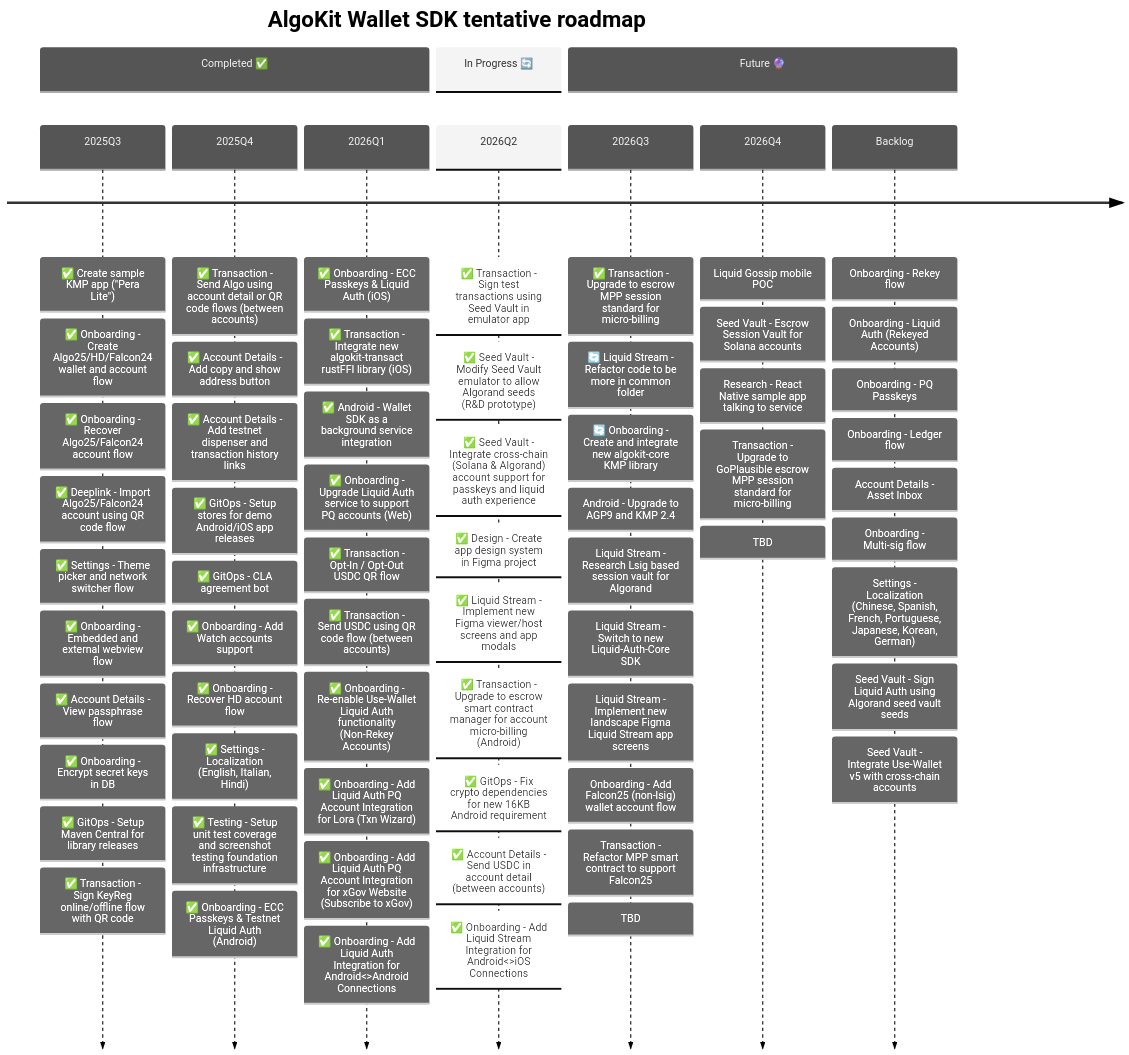
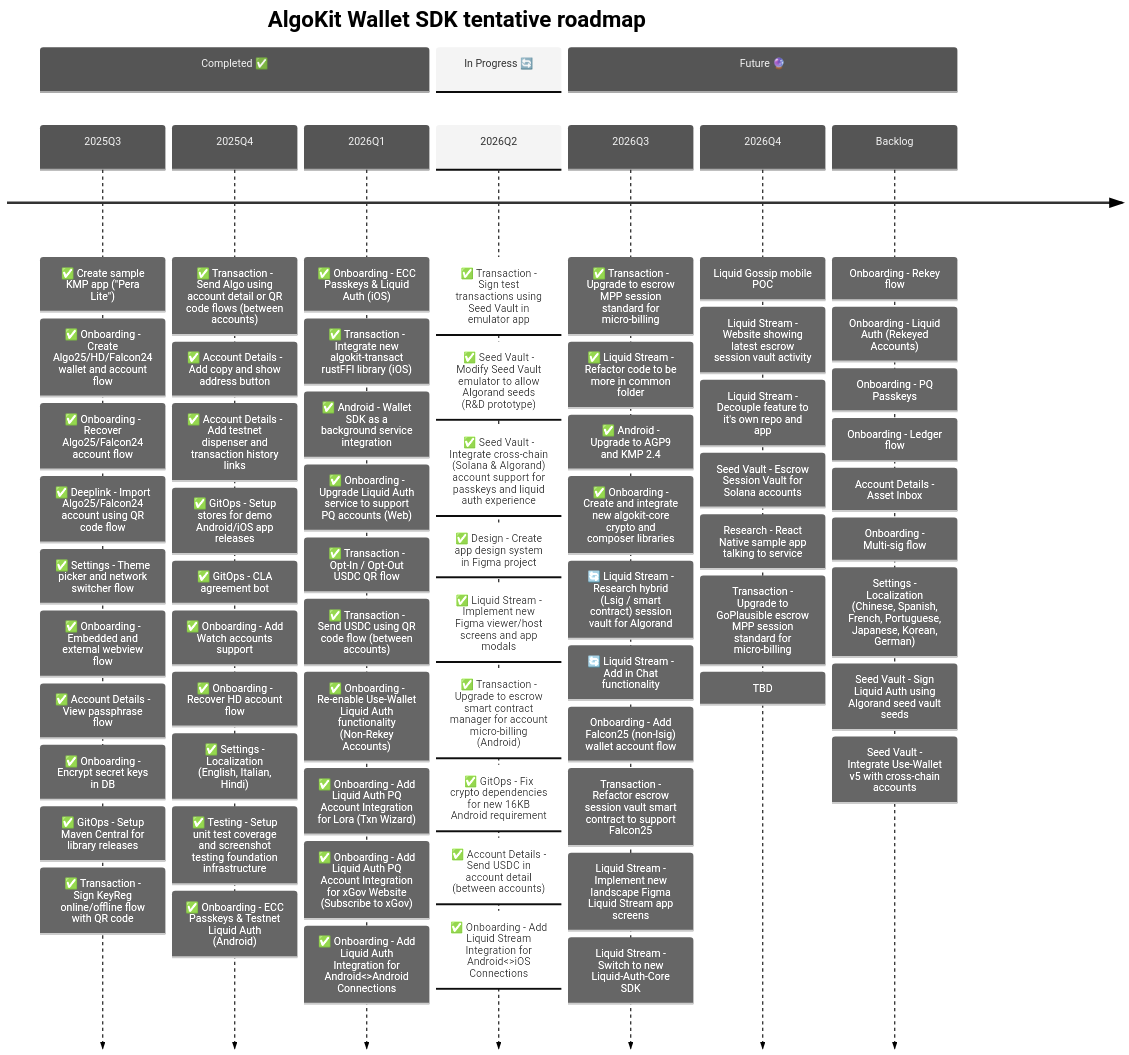
The second of 3 diagrams in README.md (michaeltchuangllc/algokit-walletsdk-kmp), drawn with Mermaid before and after one commit. The commit also changed other lines of this file and 117 other files, not shown here.

Commit message:
ci: upgrade to AGP 9 & KMP 2.4 version (#353)

```diff
--- a/README.md
+++ b/README.md
@@ -121,17 +121,20 @@
             
     section Future 🔮
     2026Q3   : ✅ Transaction - Upgrade to escrow MPP session standard for micro-billing
-             : 🔄 Liquid Stream - Refactor code to be more in common folder
-             : 🔄 Onboarding - Create and integrate new algokit-core KMP library
-             : Android - Upgrade to AGP9 and KMP 2.4
-             : Liquid Stream - Research Lsig based session vault for Algorand 
+             : ✅ Liquid Stream - Refactor code to be more in common folder
+             : ✅ Android - Upgrade to AGP9 and KMP 2.4
+             : ✅ Onboarding - Create and integrate new algokit-core crypto and composer libraries
+             : 🔄 Liquid Stream - Research hybrid (Lsig / smart contract) session vault for Algorand
+             : 🔄 Liquid Stream - Add in Chat functionality
+             : Onboarding - Add Falcon25 (non-lsig) wallet account flow
+             : Transaction - Refactor escrow session vault smart contract to support Falcon25
+             : Liquid Stream - Implement new landscape Figma Liquid Stream app screens
              : Liquid Stream - Switch to new Liquid-Auth-Core SDK
-             : Liquid Stream - Implement new landscape Figma Liquid Stream app screens
-             : Onboarding - Add Falcon25 (non-lsig) wallet account flow
-             : Transaction - Refactor MPP smart contract to support Falcon25
-             : TBD
+
     2026Q4   
              : Liquid Gossip mobile POC
+             : Liquid Stream - Website showing latest escrow session vault activity
+             : Liquid Stream - Decouple feature to it's own repo and app
              : Seed Vault - Escrow Session Vault for Solana accounts 
              : Research - React Native sample app talking to service
              : Transaction - Upgrade to GoPlausible escrow MPP session standard for micro-billing
```
